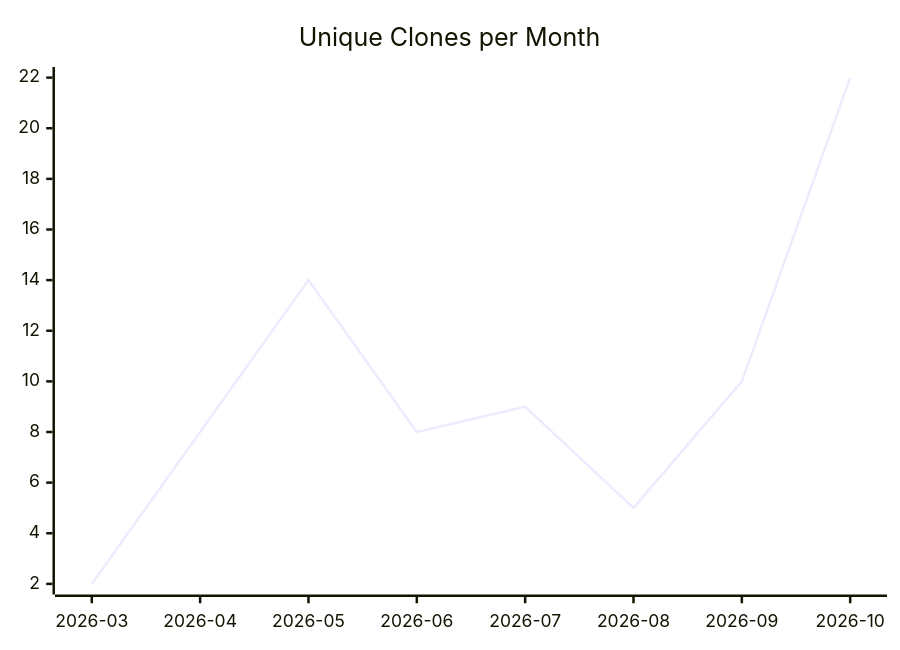
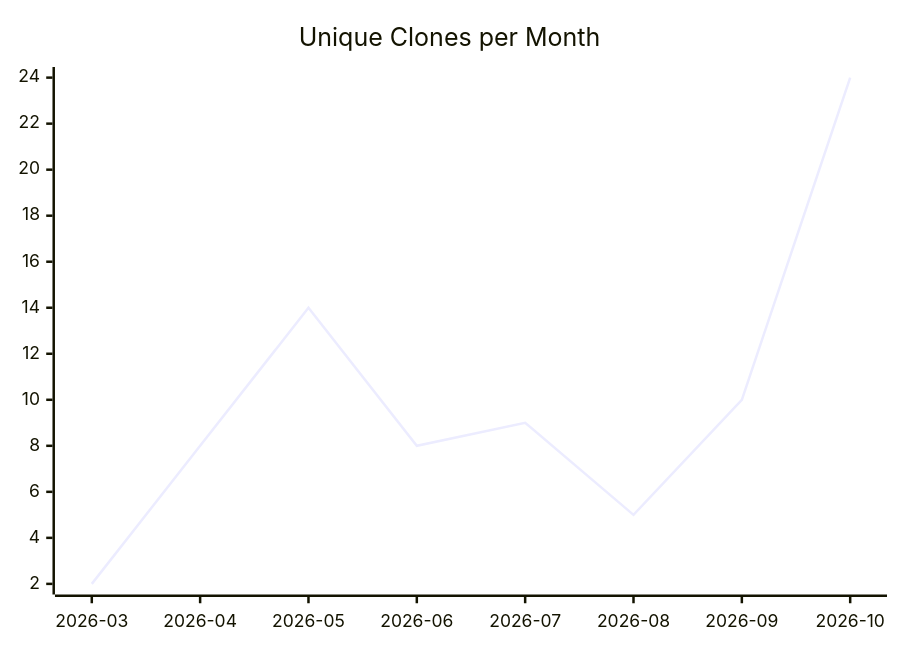
The third of 3 diagrams in karlmdavis/kobjects/README.md (justdavis-family/github-analytics-data), drawn with Mermaid before and after one commit. The commit also changed other lines of this file and 202 other files, not shown here.

````diff
--- a/karlmdavis/kobjects/README.md
+++ b/karlmdavis/kobjects/README.md
@@ -19,6 +19,6 @@
 ```mermaid
 xychart-beta
   title "Unique Clones per Month"
   x-axis ["2026-03", "2026-04", "2026-05", "2026-06", "2026-07", "2026-08", "2026-09", "2026-10"]
-  line [2, 8, 14, 8, 9, 5, 10, 22]
+  line [2, 8, 14, 8, 9, 5, 10, 24]
 ```
````
